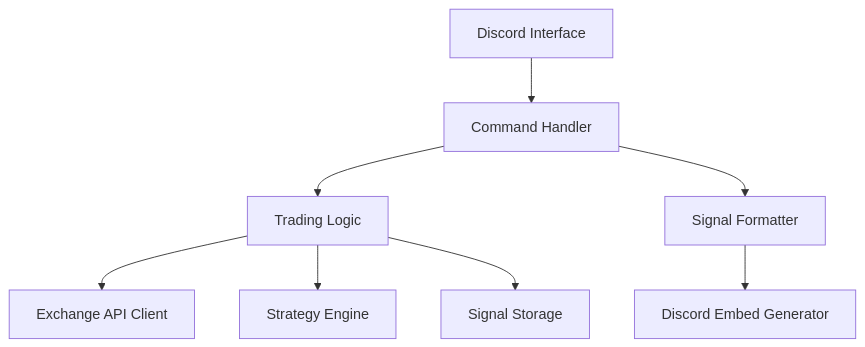
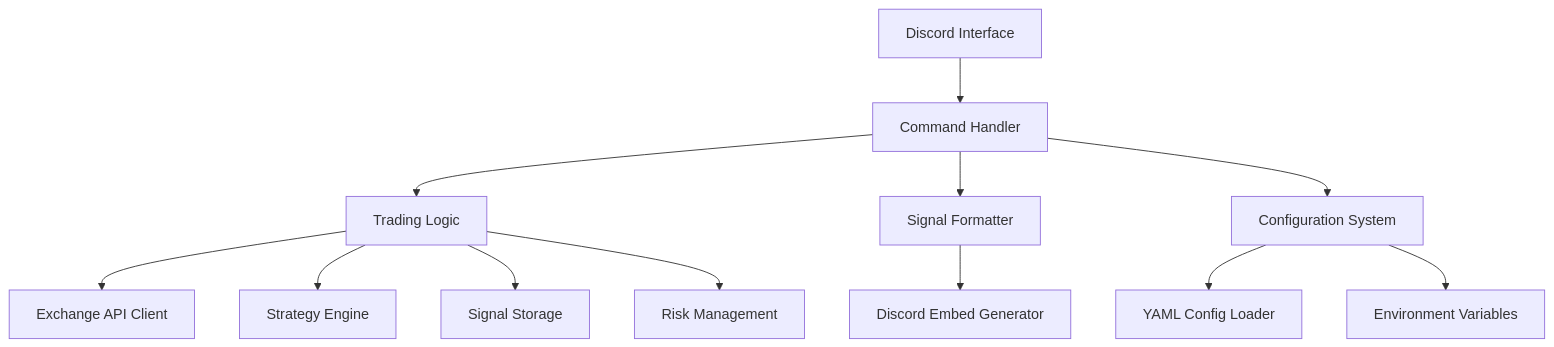
One commit to ReinaMacCredy/trading_bot changed the diagram in memory-bank/systemPatterns.md. Above: the diagram before and after it, drawn with Mermaid. The commit also changed other lines of this file and 4 other files, not shown here.

````diff
--- a/memory-bank/systemPatterns.md
+++ b/memory-bank/systemPatterns.md
@@ -7,10 +13,14 @@
 ```mermaid
 flowchart TD
     A[Discord Interface] --> B[Command Handler]
     B --> C[Trading Logic]
     B --> D[Signal Formatter]
-    C --> E[Exchange API Client]
-    C --> F[Strategy Engine]
+    B --> E[Configuration System]
+    C --> F[Exchange API Client]
+    C --> G[Strategy Engine]
     C --> H[Signal Storage]
-    D --> G[Discord Embed Generator]
+    C --> I[Risk Management]
+    D --> J[Discord Embed Generator]
+    E --> K[YAML Config Loader]
+    E --> L[Environment Variables]
 ```
````
